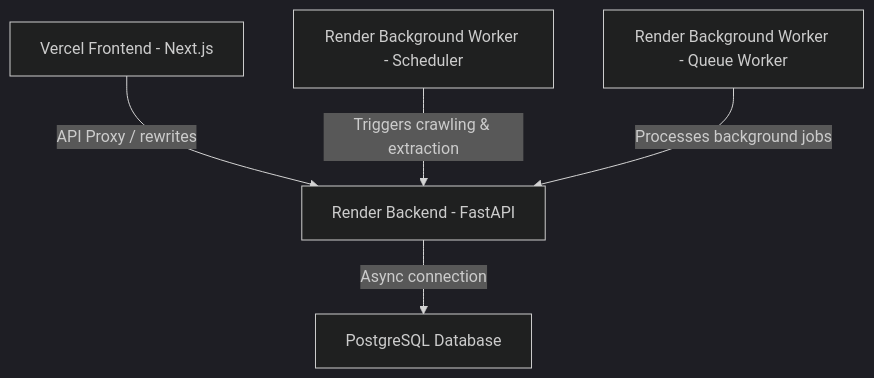
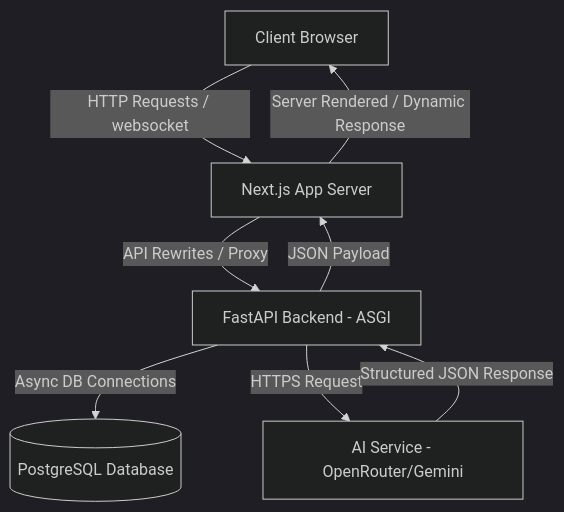
The first of 3 diagrams in README.md (devanshr99/GovSchemeAI), drawn with Mermaid (dark theme) before and after one commit. The commit also changed other lines of this file and 30 other files, not shown here.

````diff
--- a/README.md
+++ b/README.md
@@ -9,7 +92,10 @@
 ```mermaid
 graph TD
-    A[Vercel Frontend - Next.js] -->|API Proxy / rewrites| B[Render Backend - FastAPI]
-    B -->|Async connection| C[PostgreSQL Database]
-    D[Render Background Worker - Scheduler] -->|Triggers crawling & extraction| B
-    E[Render Background Worker - Queue Worker] -->|Processes background jobs| B
+    Browser[Client Browser] -->|HTTP Requests / websocket| NextJS[Next.js App Server]
+    NextJS -->|API Rewrites / Proxy| FastAPI[FastAPI Backend - ASGI]
+    FastAPI -->|Async DB Connections| Postgres[(PostgreSQL Database)]
+    FastAPI -->|HTTPS Request| AIService[AI Service - OpenRouter/Gemini]
+    AIService -->|Structured JSON Response| FastAPI
+    FastAPI -->|JSON Payload| NextJS
+    NextJS -->|Server Rendered / Dynamic Response| Browser
 ```
````
